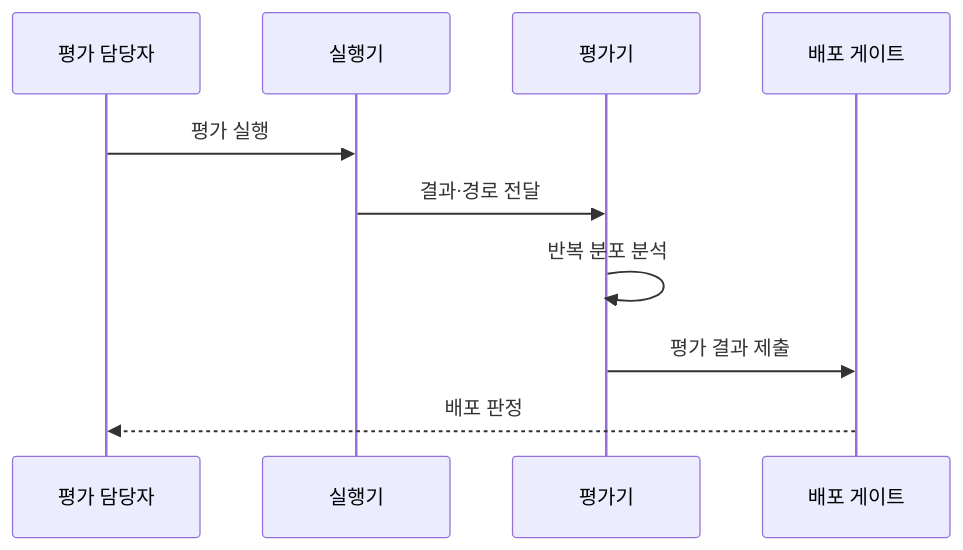
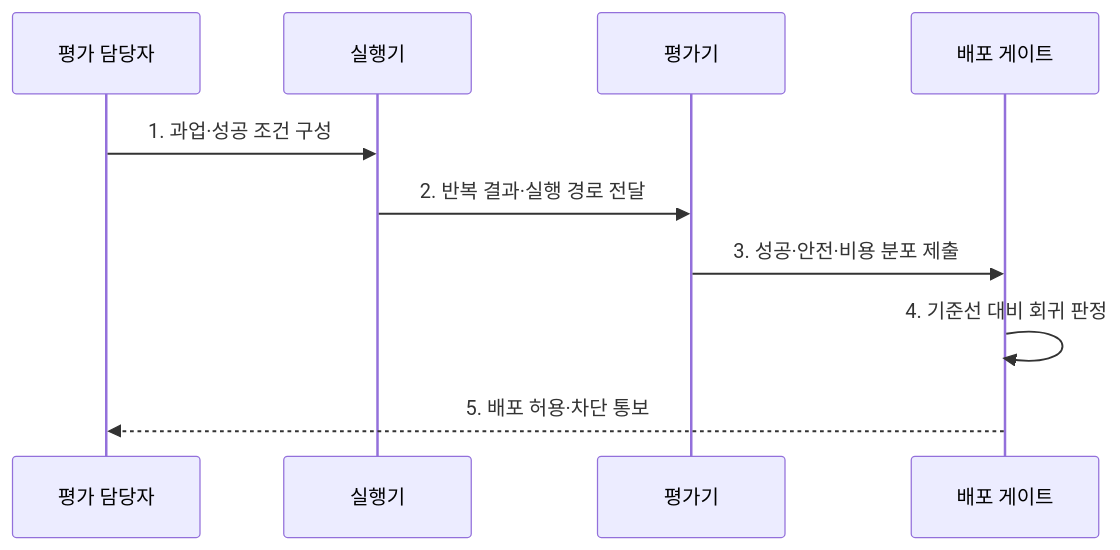
One commit to agnusdei1207/knowledge-base changed the second of 2 diagrams in src/content/docs/notes/08-latest-tech/021_agent_evaluation.md. Above: the diagram before and after it, drawn with Mermaid. The commit also changed other lines of this file and 26 other files, not shown here.

````diff
--- a/src/content/docs/notes/08-latest-tech/021_agent_evaluation.md
+++ b/src/content/docs/notes/08-latest-tech/021_agent_evaluation.md
@@ -79,12 +73,12 @@
 ```mermaid
 sequenceDiagram
     participant H as 평가 담당자
     participant R as 실행기
     participant V as 평가기
     participant G as 배포 게이트
-    H->>R: 평가 실행
-    R->>V: 결과·경로 전달
-    V->>V: 반복 분포 분석
-    V->>G: 평가 결과 제출
-    G-->>H: 배포 판정
+    H->>R: 1. 과업·성공 조건 구성
+    R->>V: 2. 반복 결과·실행 경로 전달
+    V->>G: 3. 성공·안전·비용 분포 제출
+    G->>G: 4. 기준선 대비 회귀 판정
+    G-->>H: 5. 배포 허용·차단 통보
 ```
````
